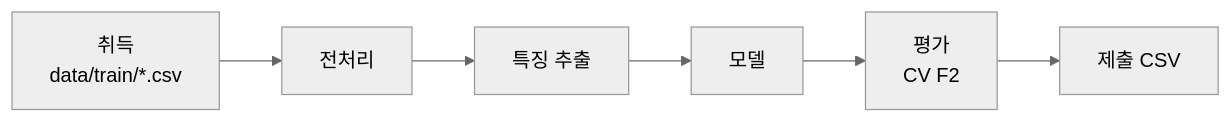
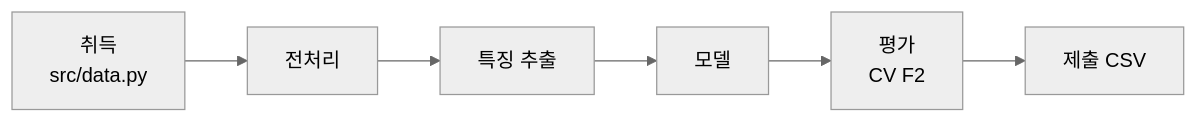
The diagram in vault/01_코드지도.md (donghuni93/PHM_Tension_Arm), drawn with Mermaid (neutral theme) before and after one commit. The commit also changed other lines of this file and 4 other files, not shown here.

````diff
--- a/vault/01_코드지도.md
+++ b/vault/01_코드지도.md
@@ -11,8 +9,8 @@
 ```mermaid
 flowchart LR
-    A[취득<br/>data/train/*.csv] --> B[전처리]
+    A[취득<br/>src/data.py] --> B[전처리]
     B --> C[특징 추출]
     C --> D[모델]
     D --> E[평가<br/>CV F2]
     E --> F[제출 CSV]
 ```
````
